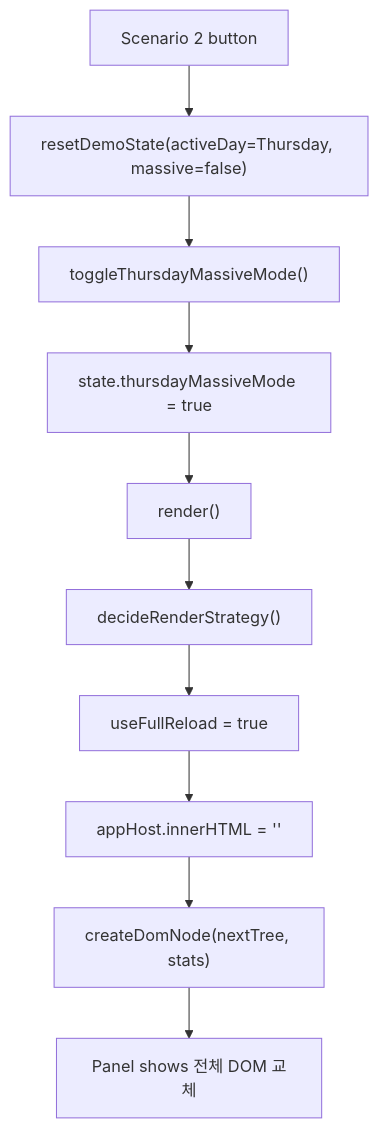
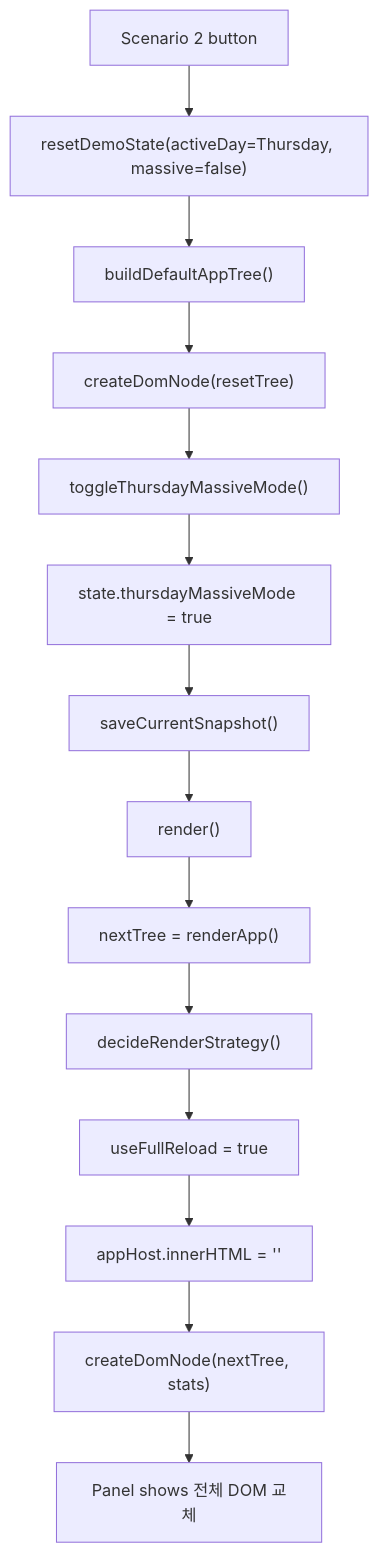
The second of 3 diagrams in README.md (ndh5178/4week_codex), drawn with Mermaid before and after one commit. The commit also changed other lines of this file, not shown here.

Commit message:
docs: refine whitebox scenario flow

````diff
--- a/README.md
+++ b/README.md
@@ -430,12 +433,16 @@
 ```mermaid
 flowchart TD
     A["Scenario 2 button"] --> B["resetDemoState(activeDay=Thursday, massive=false)"]
-    B --> C["toggleThursdayMassiveMode()"]
-    C --> D["state.thursdayMassiveMode = true"]
-    D --> E["render()"]
-    E --> F["decideRenderStrategy()"]
-    F --> G["useFullReload = true"]
-    G --> H["appHost.innerHTML = ''"]
-    H --> I["createDomNode(nextTree, stats)"]
-    I --> J["Panel shows 전체 DOM 교체"]
+    B --> C["buildDefaultAppTree()"]
+    C --> D["createDomNode(resetTree)"]
+    D --> E["toggleThursdayMassiveMode()"]
+    E --> F["state.thursdayMassiveMode = true"]
+    F --> G["saveCurrentSnapshot()"]
+    G --> H["render()"]
+    H --> I["nextTree = renderApp()"]
+    I --> J["decideRenderStrategy()"]
+    J --> K["useFullReload = true"]
+    K --> L["appHost.innerHTML = ''"]
+    L --> M["createDomNode(nextTree, stats)"]
+    M --> N["Panel shows 전체 DOM 교체"]
 ```
````
